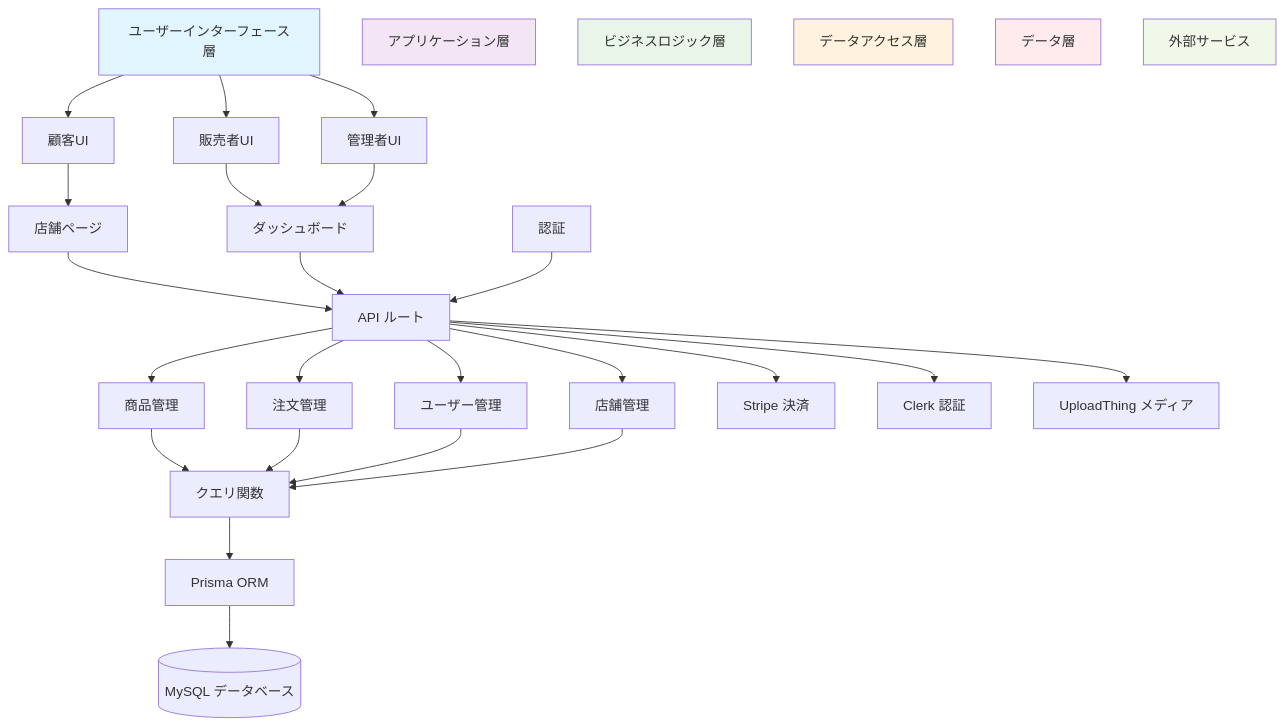
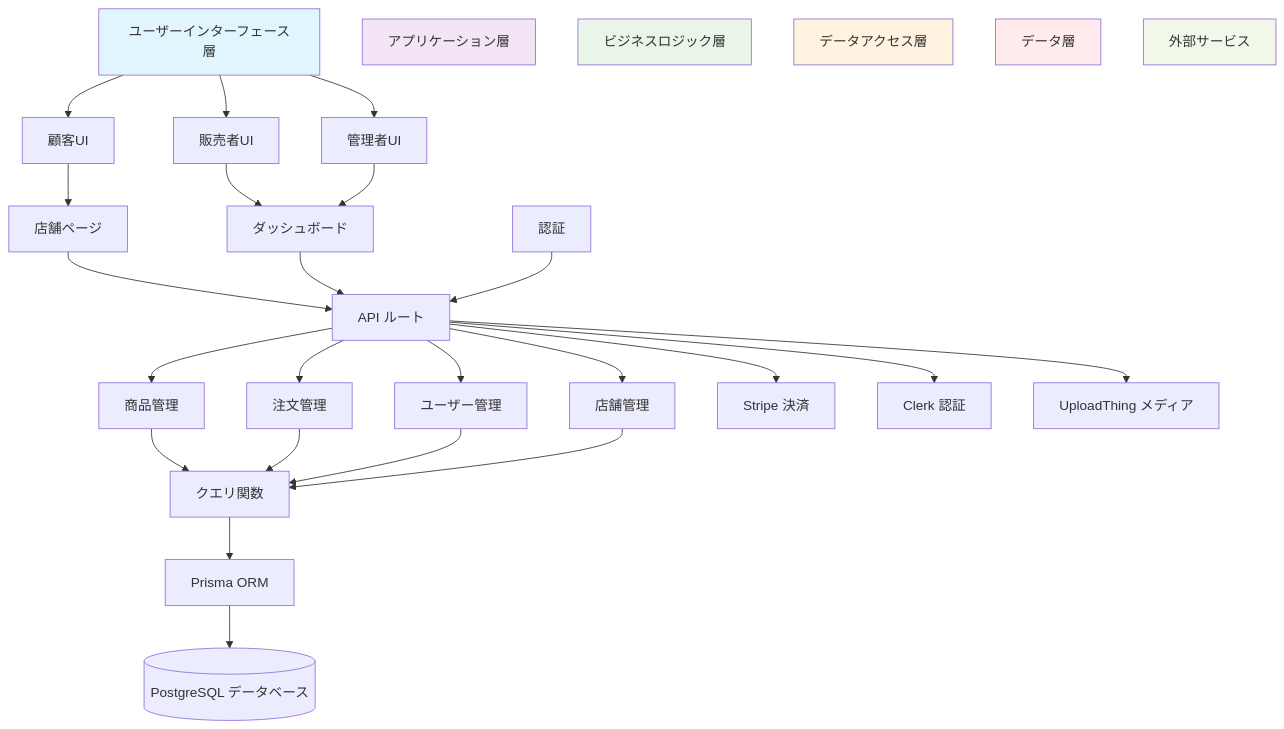
Before and after one commit to myoshi2891/Multi-Vendor-E-Commerce: the first of 14 diagrams in README.md, drawn with Mermaid. The commit also changed other lines of this file and 11 other files, not shown here.

First line of the commit message:
docs: update all documentation to reflect PostgreSQL migration completion

````diff
--- a/README.md
+++ b/README.md
@@ -34,73 +34,73 @@
 ```mermaid
 graph TB
     %% ユーザーインターフェース層
     UI[ユーザーインターフェース層]
     CUI[顧客UI]
     SUI[販売者UI]
     AUI[管理者UI]
     
     %% アプリケーション層
     APP[アプリケーション層]
     STORE[店舗ページ]
     DASH[ダッシュボード]
     AUTH[認証]
     API[API ルート]
     
     %% ビジネスロジック層
     BL[ビジネスロジック層]
     PM[商品管理]
     OM[注文管理]
     UM[ユーザー管理]
     SM[店舗管理]
     
     %% データアクセス層
     DA[データアクセス層]
     PRISMA[Prisma ORM]
     QUERIES[クエリ関数]
     
     %% データベース層
     DATA[データ層]
-    DB[(MySQL データベース)]
+    DB[(PostgreSQL データベース)]
     
     %% 外部サービス
     EXT[外部サービス]
     STRIPE[Stripe 決済]
     CLERK[Clerk 認証]
     UPLOAD[UploadThing メディア]
     
     UI --> CUI
     UI --> SUI
     UI --> AUI
     
     CUI --> STORE
     SUI --> DASH
     AUI --> DASH
     
     STORE --> API
     DASH --> API
     AUTH --> API
     
     API --> PM
     API --> OM
     API --> UM
     API --> SM
     
     PM --> QUERIES
     OM --> QUERIES
     UM --> QUERIES
     SM --> QUERIES
     
     QUERIES --> PRISMA
     PRISMA --> DB
     
     API --> STRIPE
     API --> CLERK
     API --> UPLOAD
     
     style UI fill:#e1f5fe
     style APP fill:#f3e5f5
     style BL fill:#e8f5e8
     style DA fill:#fff3e0
     style DATA fill:#ffebee
     style EXT fill:#f1f8e9
 ```
````
